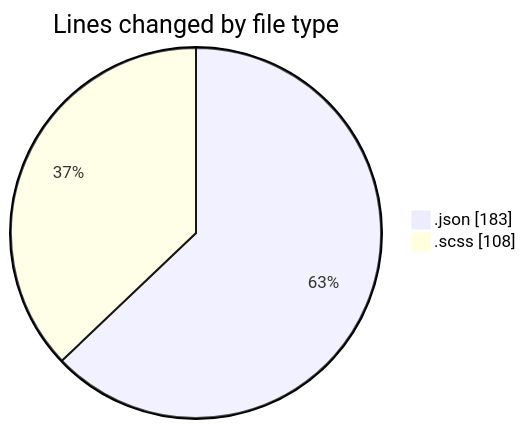
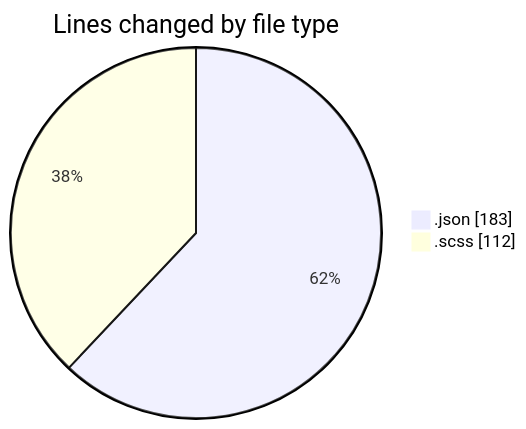
Before and after one commit to momahboobian/code-tracking: the first of 2 diagrams in 2026-01-20/cda/README.md, drawn with Mermaid. The commit also changed other lines of this file and 1 other file, not shown here.

````diff
--- a/2026-01-20/cda/README.md
+++ b/2026-01-20/cda/README.md
@@ -21,6 +21,6 @@
 ```mermaid
 pie showData
 title Lines changed by file type
 ".json" : 183
-".scss" : 108
+".scss" : 112
 ```
````
